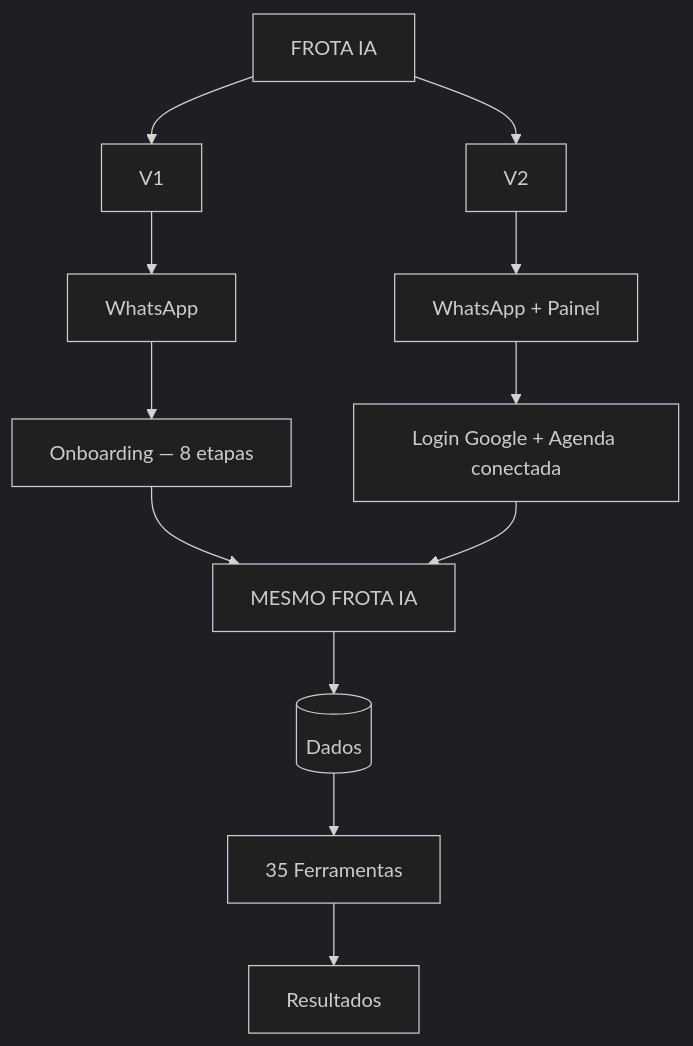
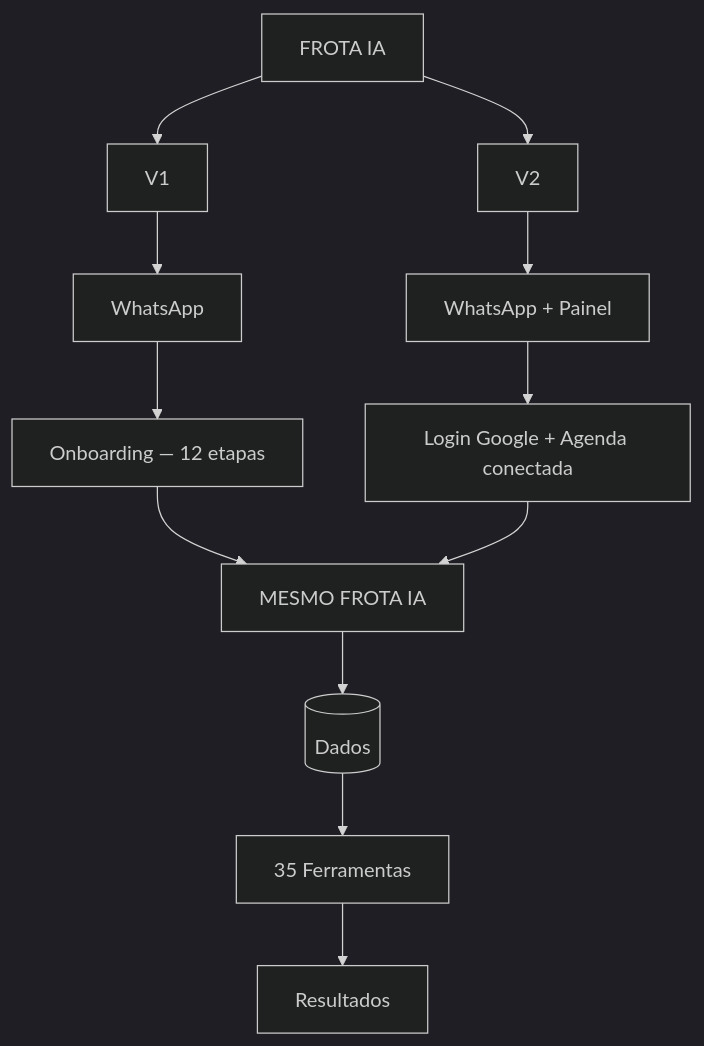
The diagram in docs/FROTA_IA_JORNADA_VISUAL_CLIENTE_V1_V2.md (rafaelkamosaquario-cpu/frotaia), drawn with Mermaid (dark theme) before and after one commit. The commit also changed other lines of this file and 14 other files, not shown here.

````diff
--- a/docs/FROTA_IA_JORNADA_VISUAL_CLIENTE_V1_V2.md
+++ b/docs/FROTA_IA_JORNADA_VISUAL_CLIENTE_V1_V2.md
@@ -1061,15 +1159,15 @@
 ```mermaid
 flowchart TB
     F[FROTA IA]
     F --> V1[V1]
     F --> V2[V2]
     V1 --> WA1[WhatsApp]
     V2 --> WA2[WhatsApp + Painel]
-    WA1 --> OB1[Onboarding — 8 etapas]
+    WA1 --> OB1[Onboarding — 12 etapas]
     WA2 --> AC[Login Google + Agenda conectada]
     OB1 --> M[MESMO FROTA IA]
     AC --> M
     M --> D[(Dados)]
     D --> Fer[35 Ferramentas]
     Fer --> R[Resultados]
 ```
````
